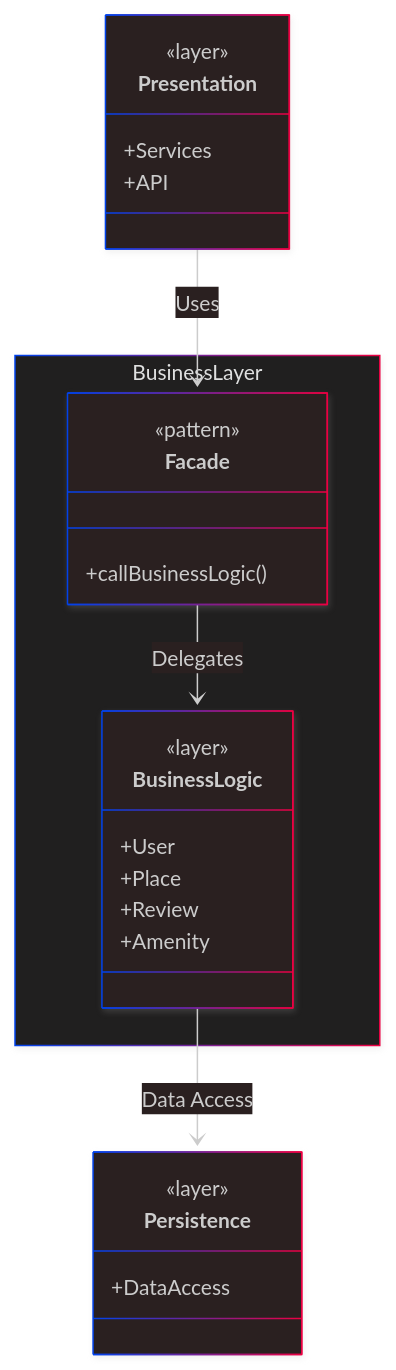
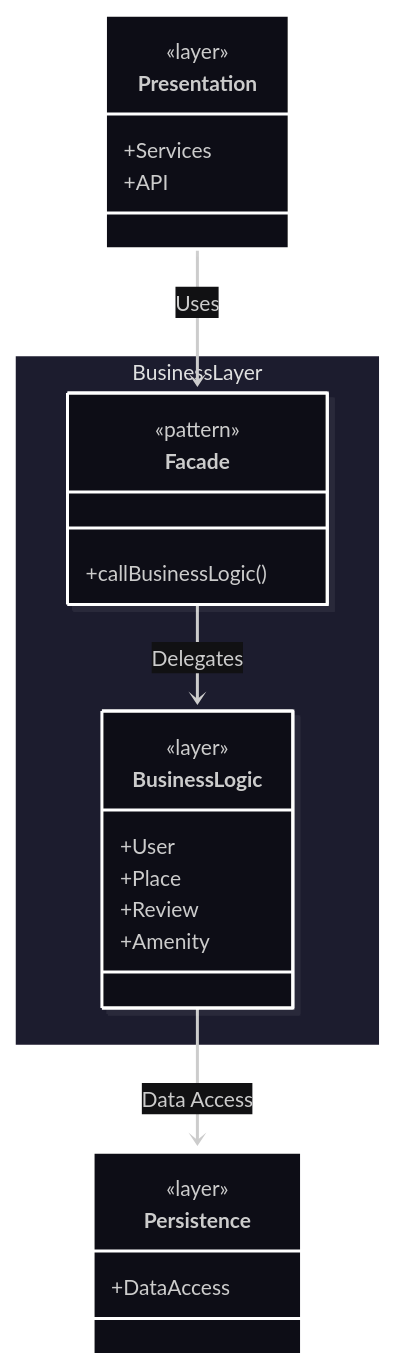
The diagram in README.md (feratholberton/holbertonschool-hbnb), drawn with Mermaid before and after one commit.

Commit message:
Readme style update

````diff
--- a/README.md
+++ b/README.md
@@ -5,33 +5,33 @@
 ```mermaid
 ---
 config:
-  theme: neo-dark
+  theme: redux-dark
   look: neo
 ---
 classDiagram
 class Presentation {
   <<layer>>
   +Services
   +API
 }
 namespace BusinessLayer {
   class Facade {
     <<pattern>>
     +callBusinessLogic()
   }
   class BusinessLogic {
     <<layer>>
     +User
     +Place
     +Review
     +Amenity
   }
 }
 class Persistence {
   <<layer>>
   +DataAccess
 }
 Presentation --> Facade : Uses
 Facade --> BusinessLogic : Delegates
 BusinessLogic --> Persistence : Data Access
 ```
````
